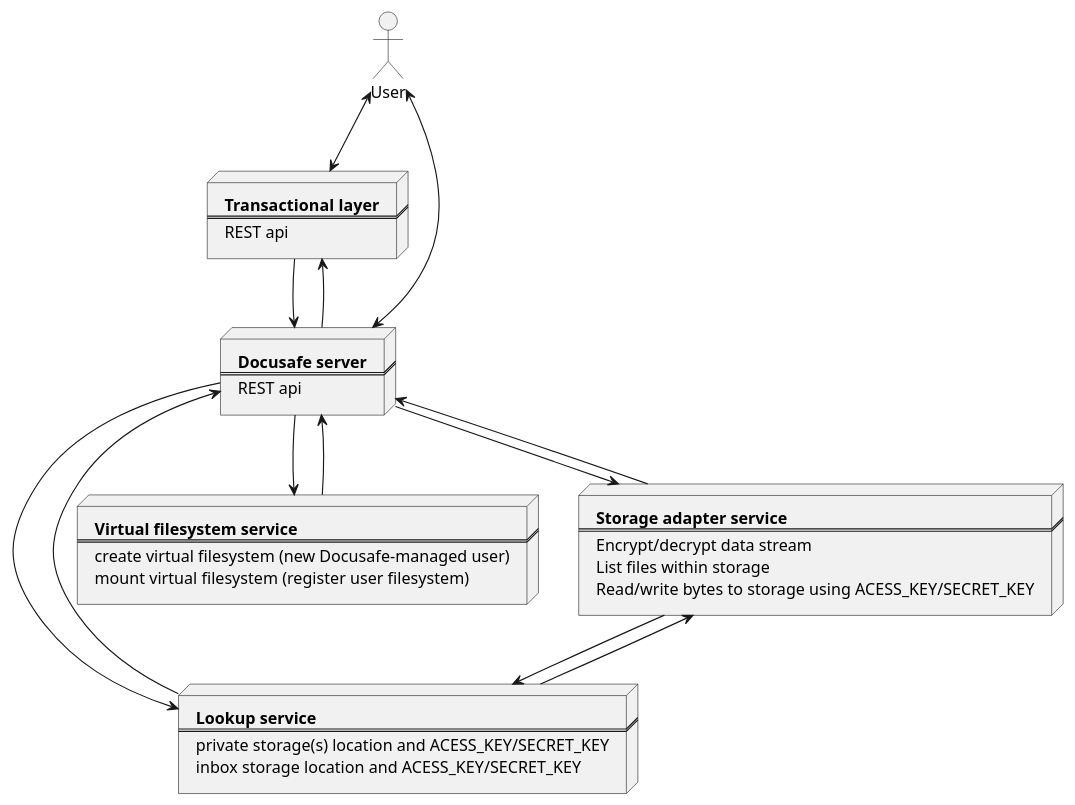
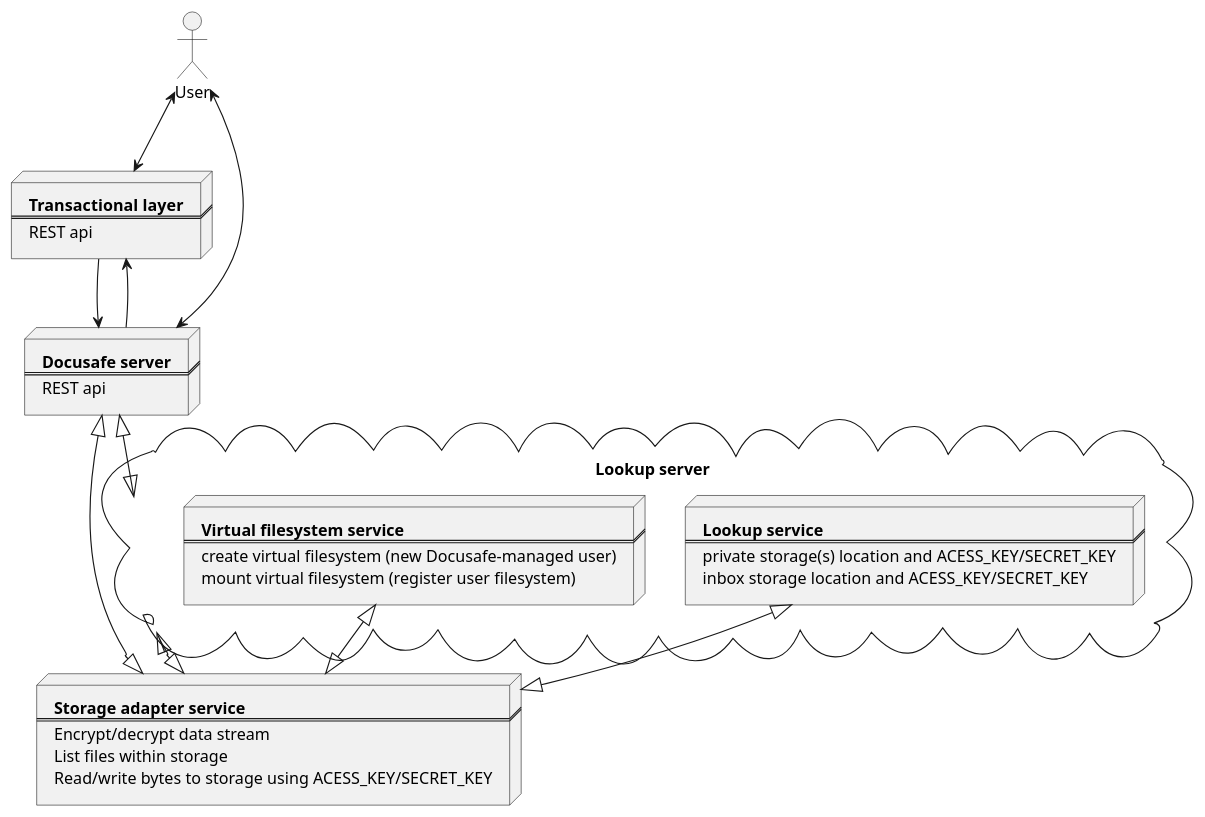
One commit to adorsys/datasafe changed the diagram in docs/diagrams/top_level.puml. Above: the diagram before and after it, drawn with PlantUML. The commit also changed 3 other files, not shown here.

Commit message:
Architectural links updated

```diff
--- a/docs/diagrams/top_level.puml
+++ b/docs/diagrams/top_level.puml
@@ -1,49 +1,50 @@
 @startuml
 
 actor User
 
 node ts [
   **Transactional layer**
   ===
   REST api
 ]
 
 node ds [
   **Docusafe server**
   ===
   REST api
 ]
-node ls [
-  **Lookup service**
-  ===
-  private storage(s) location and ACESS_KEY/SECRET_KEY
-  inbox storage location and ACESS_KEY/SECRET_KEY
-]
-node vfs [
-  **Virtual filesystem service**
-  ===
-  create virtual filesystem (new Docusafe-managed user)
-  mount virtual filesystem (register user filesystem)
-]
+
+cloud "Lookup server" as LS {
+  node ls [
+    **Lookup service**
+    ===
+    private storage(s) location and ACESS_KEY/SECRET_KEY
+    inbox storage location and ACESS_KEY/SECRET_KEY
+  ]
+  node vfs [
+    **Virtual filesystem service**
+    ===
+    create virtual filesystem (new Docusafe-managed user)
+    mount virtual filesystem (register user filesystem)
+  ]
+}
+
 node sas [
   **Storage adapter service**
   ===
   Encrypt/decrypt data stream
   List files within storage
   Read/write bytes to storage using ACESS_KEY/SECRET_KEY
 ]
 
 User <-down-> ts
 User <-down-> ds
 
 ts -down-> ds
 ds -down-> ts
-ds -down-> ls
-ls -down-> ds
-ds -down-> vfs
-vfs -down-> ds
-ds -down-> sas
-sas -down-> ds
-ls -down-> sas
-sas -down-> ls
+ds <|--|> LS
+ds <|--|> sas
+LS <|--|> sas
+ls <|--|> sas
+vfs <|--|> sas
 @enduml
```
